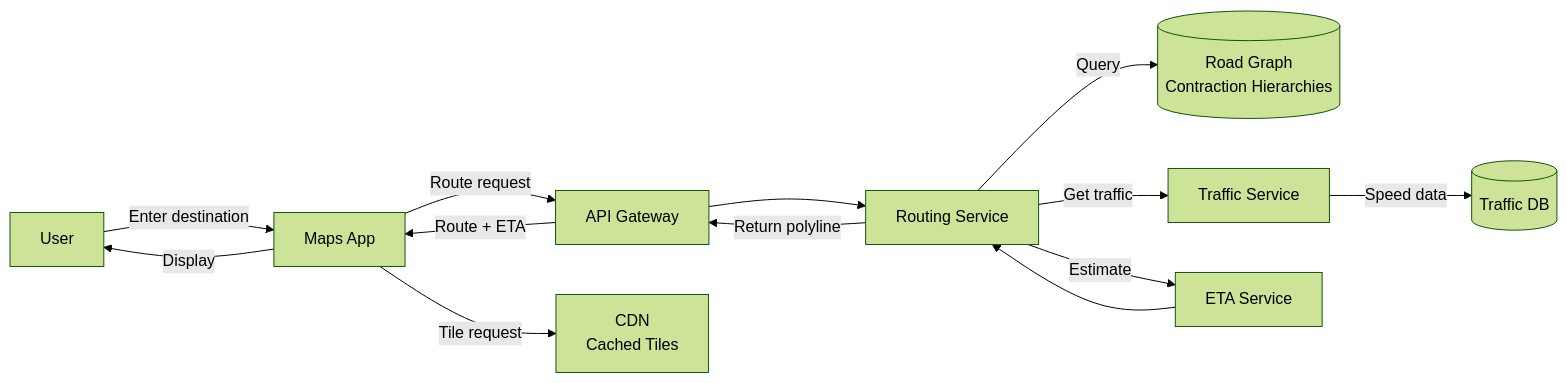
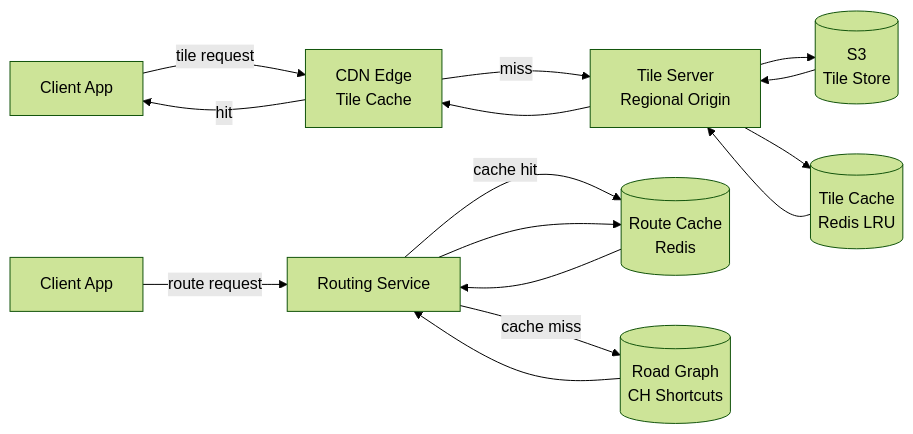
One commit to abhishekghoshh/system-design-helper changed diagram 12 of 17 in docs/system-design/high-level/designing/advanced/google-maps.md. Above: the diagram before and after it, drawn with Mermaid (forest theme). The commit also changed other lines of this file and 107 other files, not shown here.

````diff
--- a/docs/system-design/high-level/designing/advanced/google-maps.md
+++ b/docs/system-design/high-level/designing/advanced/google-maps.md
@@ -458,15 +1355,18 @@
 ```mermaid
-flowchart LR
-  U[User] -->|Enter destination| App[Maps App]
-  App -->|Route request| APIGW[API Gateway]
-  APIGW --> RouteSvc[Routing Service]
-  RouteSvc -->|Query| GraphDB[(Road Graph<br/>Contraction Hierarchies)]
-  RouteSvc -->|Get traffic| TrafficSvc[Traffic Service]
-  TrafficSvc -->|Speed data| TrafficDB[(Traffic DB)]
-  RouteSvc -->|Estimate| ETASvc[ETA Service]
-  ETASvc --> RouteSvc
-  RouteSvc -->|Return polyline| APIGW
-  APIGW -->|Route + ETA| App
-  App -->|Display| U
-  App -->|Tile request| CDN[CDN<br/>Cached Tiles]
+graph LR
+    Client[Client App] -->|tile request| CDN[CDN Edge<br/>Tile Cache]
+    CDN -->|hit| Client
+    CDN -->|miss| TileServer[Tile Server<br/>Regional Origin]
+    TileServer --> TileStore[(S3<br/>Tile Store)]
+    TileStore --> TileServer
+    TileServer --> CDN
+    TileServer --> CacheGen[(Tile Cache<br/>Redis LRU)]
+    CacheGen --> TileServer
+
+    Client2[Client App] -->|route request| Router[Routing Service]
+    Router -->|cache hit| RouteCache[(Route Cache<br/>Redis)]
+    Router -->|cache miss| GraphDB[(Road Graph<br/>CH Shortcuts)]
+    GraphDB --> Router
+    Router --> RouteCache
+    RouteCache --> Router
 ```
````
